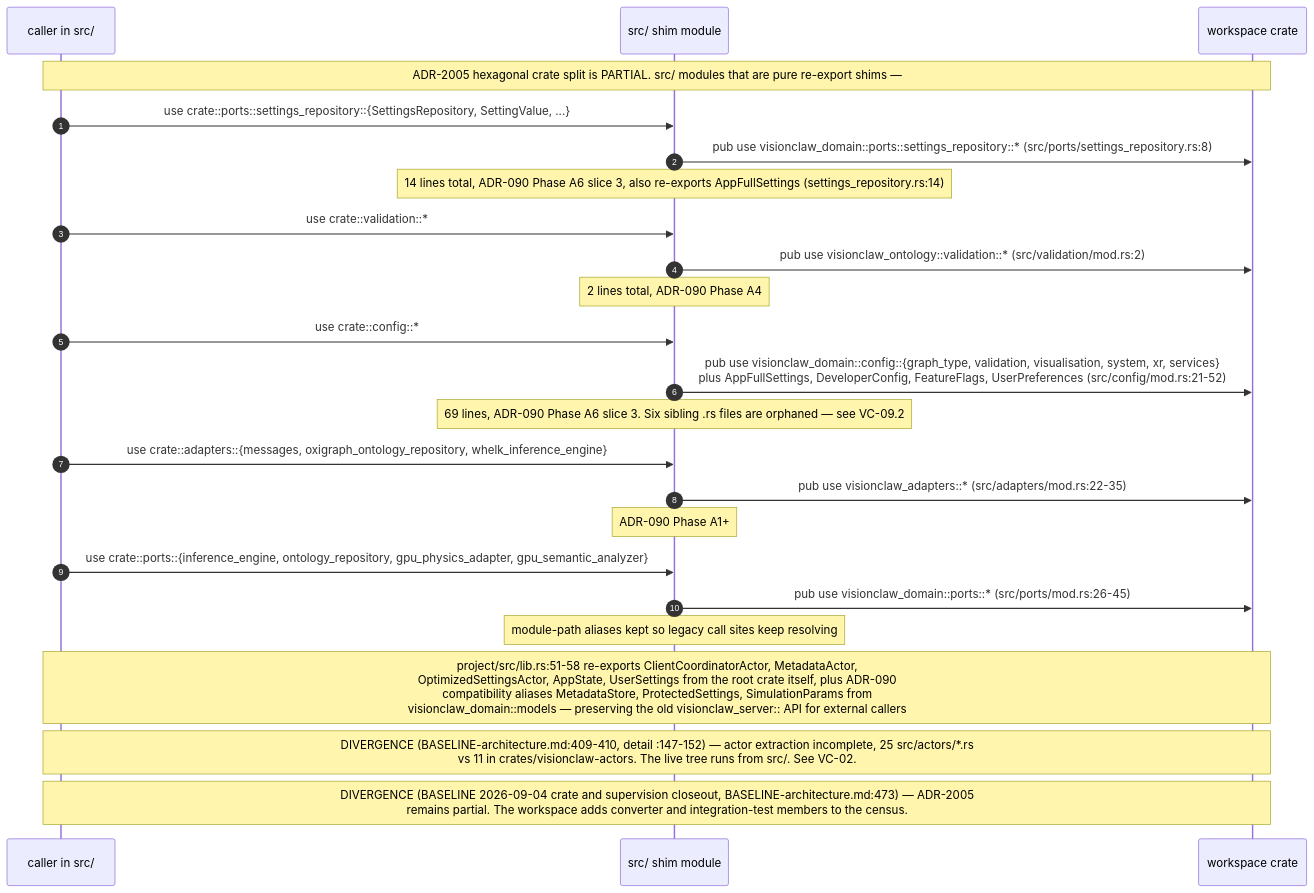
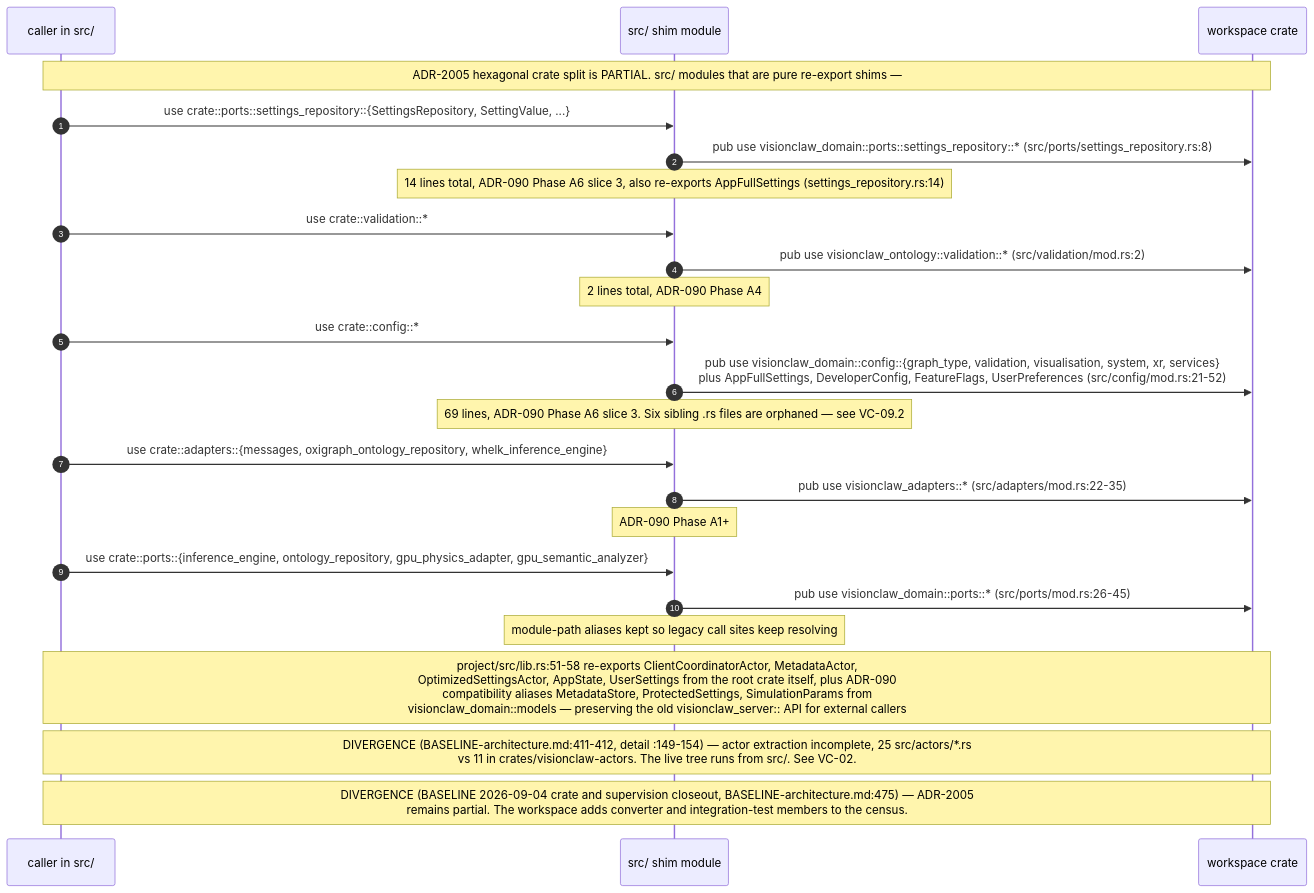
The second of 9 diagrams in docs/diagrams/visionclaw/07-hexagonal-ports-and-crates.md (DreamLab-AI/VisionFlow), drawn with Mermaid before and after one commit. The commit also changed other lines of this file and 49 other files, not shown here.

First line of the commit message:
docs(diagrams): re-derive and re-stamp VisionClaw, estate, knowledge-graph, visionGraph, VisionFlow and sidestr topics

````diff
--- a/docs/diagrams/visionclaw/07-hexagonal-ports-and-crates.md
+++ b/docs/diagrams/visionclaw/07-hexagonal-ports-and-crates.md
@@ -127,27 +127,27 @@
 ```mermaid
 sequenceDiagram
     autonumber
     participant C as caller in src/
     participant SH as src/ shim module
     participant CR as workspace crate
 
     Note over C,CR: ADR-2005 hexagonal crate split is PARTIAL. src/ modules that are pure re-export shims —
     C->>SH: use crate::ports::settings_repository::{SettingsRepository, SettingValue, ...}
     SH->>CR: pub use visionclaw_domain::ports::settings_repository::* (src/ports/settings_repository.rs:8)
     Note over SH: 14 lines total, ADR-090 Phase A6 slice 3, also re-exports AppFullSettings (settings_repository.rs:14)
     C->>SH: use crate::validation::*
     SH->>CR: pub use visionclaw_ontology::validation::* (src/validation/mod.rs:2)
     Note over SH: 2 lines total, ADR-090 Phase A4
     C->>SH: use crate::config::*
     SH->>CR: pub use visionclaw_domain::config::{graph_type, validation, visualisation, system, xr, services}<br/>plus AppFullSettings, DeveloperConfig, FeatureFlags, UserPreferences (src/config/mod.rs:21-52)
     Note over SH: 69 lines, ADR-090 Phase A6 slice 3. Six sibling .rs files are orphaned — see VC-09.2
     C->>SH: use crate::adapters::{messages, oxigraph_ontology_repository, whelk_inference_engine}
     SH->>CR: pub use visionclaw_adapters::* (src/adapters/mod.rs:22-35)
     Note over SH: ADR-090 Phase A1+
     C->>SH: use crate::ports::{inference_engine, ontology_repository, gpu_physics_adapter, gpu_semantic_analyzer}
     SH->>CR: pub use visionclaw_domain::ports::* (src/ports/mod.rs:26-45)
     Note over SH: module-path aliases kept so legacy call sites keep resolving
     Note over C,CR: project/src/lib.rs:51-58 re-exports ClientCoordinatorActor, MetadataActor,<br/>OptimizedSettingsActor, AppState, UserSettings from the root crate itself, plus ADR-090<br/>compatibility aliases MetadataStore, ProtectedSettings, SimulationParams from<br/>visionclaw_domain::models — preserving the old visionclaw_server:: API for external callers
-    Note over C,CR: DIVERGENCE (BASELINE-architecture.md:409-410, detail :147-152) — actor extraction incomplete, 25 src/actors/*.rs<br/>vs 11 in crates/visionclaw-actors. The live tree runs from src/. See VC-02.
-    Note over C,CR: DIVERGENCE (BASELINE 2026-09-04 crate and supervision closeout, BASELINE-architecture.md:473) — ADR-2005<br/>remains partial. The workspace adds converter and integration-test members to the census.
+    Note over C,CR: DIVERGENCE (BASELINE-architecture.md:411-412, detail :149-154) — actor extraction incomplete, 25 src/actors/*.rs<br/>vs 11 in crates/visionclaw-actors. The live tree runs from src/. See VC-02.
+    Note over C,CR: DIVERGENCE (BASELINE 2026-09-04 crate and supervision closeout, BASELINE-architecture.md:475) — ADR-2005<br/>remains partial. The workspace adds converter and integration-test members to the census.
 ```
````
